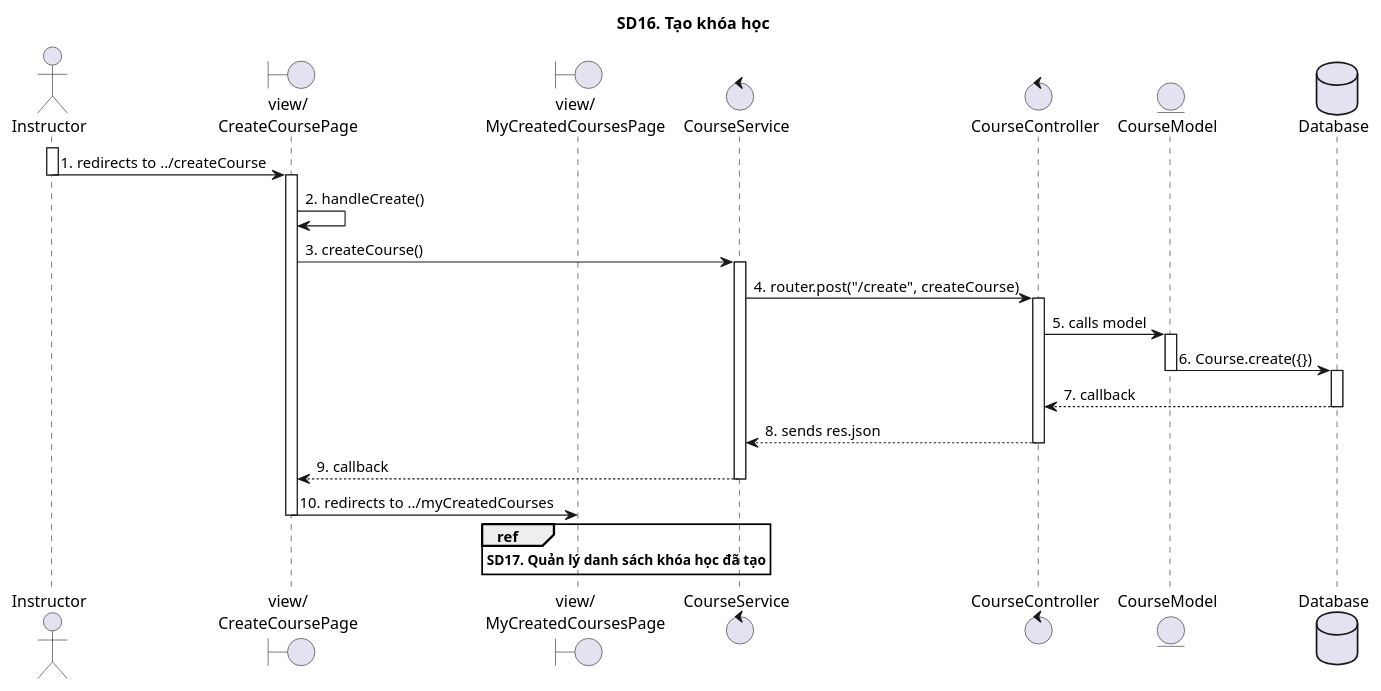
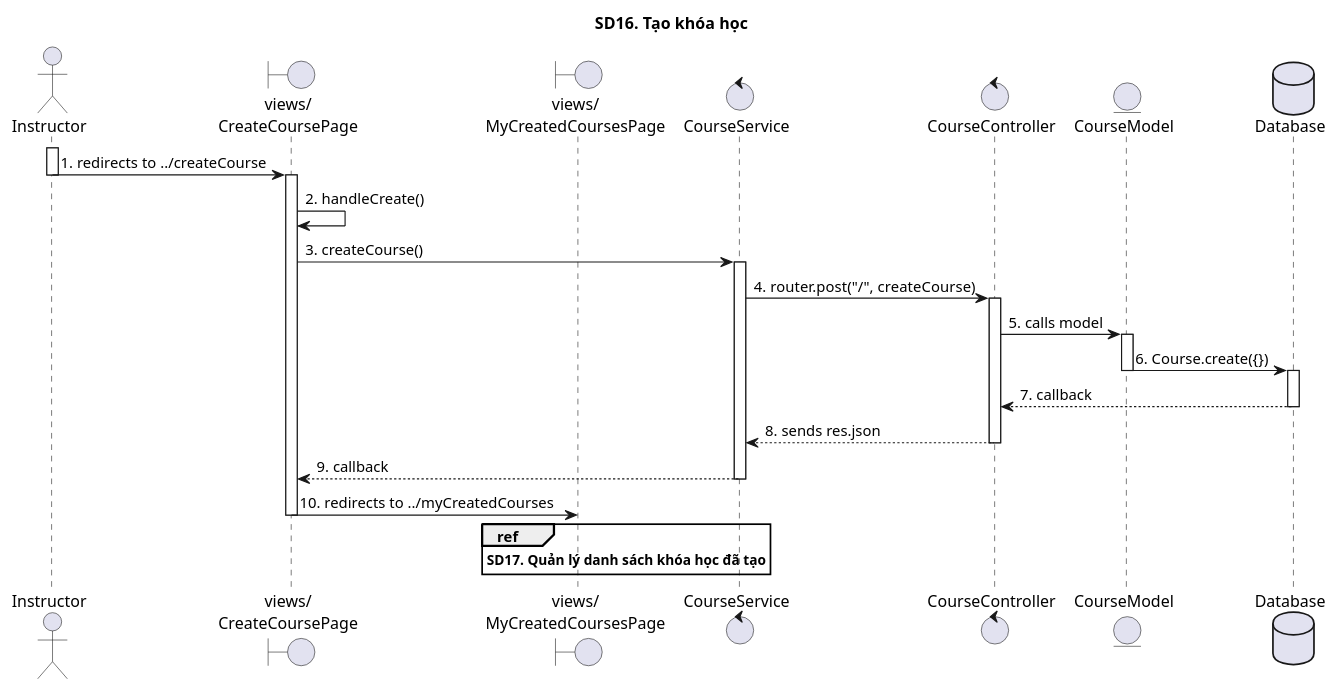
Before and after one commit to The-Cookies-Team/UML-Diagrams: the diagram in SequenceDiagrams/sd16.puml, drawn with PlantUML. The commit also changed 5 other files, not shown here.

```diff
--- a/SequenceDiagrams/sd16.puml
+++ b/SequenceDiagrams/sd16.puml
@@ -1,39 +1,39 @@
 @startuml
 
 title SD16. Tạo khóa học
 
 actor "Instructor" as Actor
-boundary "view/\nCreateCoursePage" as CreateCoursePage
-boundary "view/\nMyCreatedCoursesPage" as MyCreatedCoursesPage
+boundary "views/\nCreateCoursePage" as CreateCoursePage
+boundary "views/\nMyCreatedCoursesPage" as MyCreatedCoursesPage
 control "CourseService"
 control "CourseController"
 entity "CourseModel"
 database "Database" as Database
 
 activate Actor
 Actor -> CreateCoursePage: 1. redirects to ../createCourse
 deactivate Actor
 activate CreateCoursePage
 CreateCoursePage -> CreateCoursePage: 2. handleCreate()
 CreateCoursePage -> CourseService: 3. createCourse()
 activate CourseService
-CourseService -> CourseController: 4. router.post("/create", createCourse)
+CourseService -> CourseController: 4. router.post("/", createCourse)
 activate CourseController
 CourseController -> CourseModel: 5. calls model
 activate CourseModel
 CourseModel -> Database: 6. Course.create({})
 deactivate CourseModel
 activate Database
 Database --> CourseController: 7. callback
 deactivate Database
 CourseController --> CourseService: 8. sends res.json
 deactivate CourseController
 CourseService --> CreateCoursePage: 9. callback
 deactivate CourseService
 CreateCoursePage -> MyCreatedCoursesPage: 10. redirects to ../myCreatedCourses
 deactivate CreateCoursePage
 ref over MyCreatedCoursesPage
 **SD17. Quản lý danh sách khóa học đã tạo**
 end ref
 
 @enduml
```
